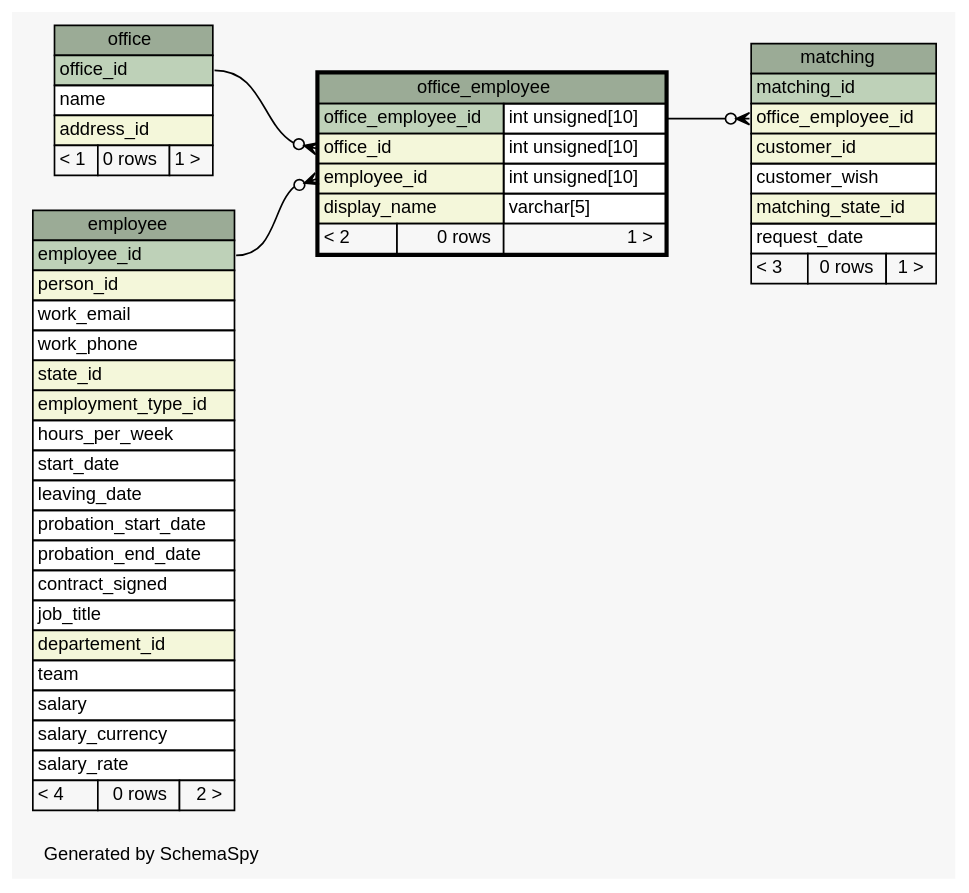
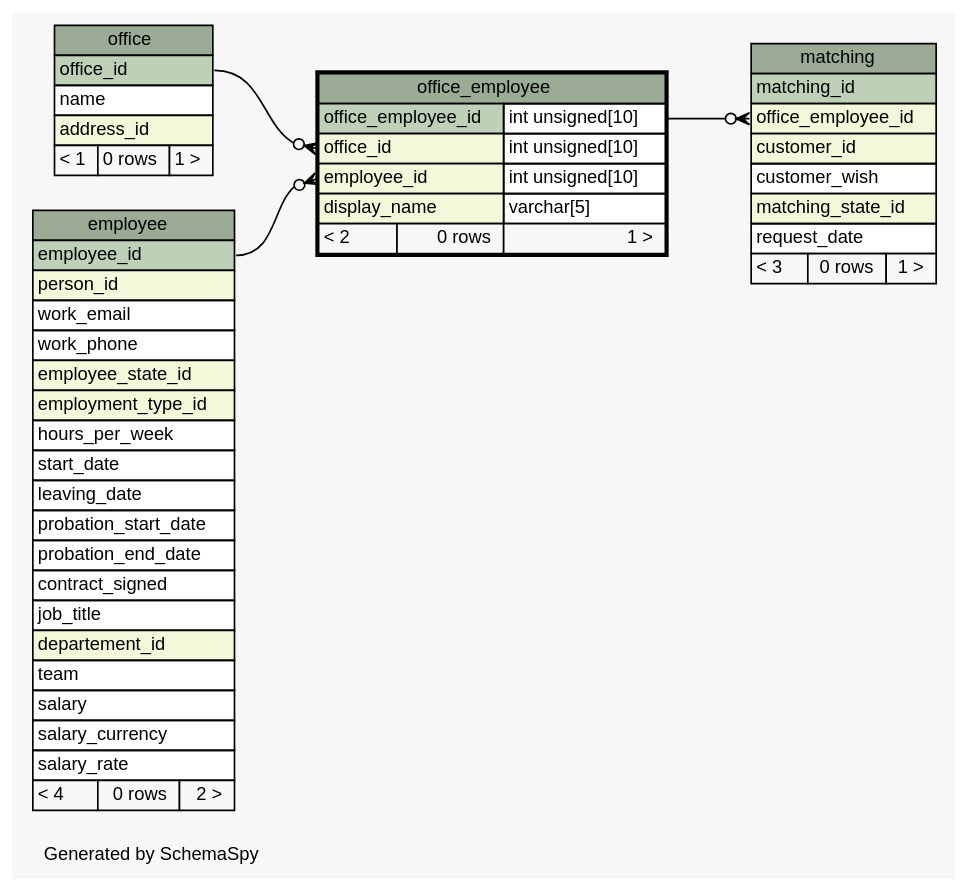
Before and after one commit to KaiBMP/KaiBMP.github.io: the diagram in diagrams/office_employee.1degree.dot, drawn with Graphviz. The commit also changed 87 other files, not shown here.

Commit message:
schemaspy update

```diff
--- a/diagrams/office_employee.1degree.dot
+++ b/diagrams/office_employee.1degree.dot
@@ -1,92 +1,92 @@
 // dot 2.40.1 on Linux 5.3.0-28-generic
 // SchemaSpy rev 590
 digraph "oneDegreeRelationshipsDiagram" {
   graph [
     rankdir="RL"
     bgcolor="#f7f7f7"
     label="\nGenerated by SchemaSpy"
     labeljust="l"
     nodesep="0.18"
     ranksep="0.46"
     fontname="Helvetica"
     fontsize="11"
   ];
   node [
     fontname="Helvetica"
     fontsize="11"
     shape="plaintext"
   ];
   edge [
     arrowsize="0.8"
   ];
   "matching":"office_employee_id":w -> "office_employee":"office_employee_id.type":e [arrowhead=none dir=back arrowtail=crowodot];
   "office_employee":"employee_id":w -> "employee":"employee_id":e [arrowhead=none dir=back arrowtail=crowodot];
   "office_employee":"office_id":w -> "office":"office_id":e [arrowhead=none dir=back arrowtail=crowodot];
   "employee" [
     label=<
     <TABLE BORDER="0" CELLBORDER="1" CELLSPACING="0" BGCOLOR="#ffffff">
       <TR><TD COLSPAN="3" BGCOLOR="#9bab96" ALIGN="CENTER">employee</TD></TR>
       <TR><TD PORT="employee_id" COLSPAN="3" BGCOLOR="#bed1b8" ALIGN="LEFT">employee_id</TD></TR>
       <TR><TD PORT="person_id" COLSPAN="3" BGCOLOR="#f4f7da" ALIGN="LEFT">person_id</TD></TR>
       <TR><TD PORT="work_email" COLSPAN="3" ALIGN="LEFT">work_email</TD></TR>
       <TR><TD PORT="work_phone" COLSPAN="3" ALIGN="LEFT">work_phone</TD></TR>
-      <TR><TD PORT="state_id" COLSPAN="3" BGCOLOR="#f4f7da" ALIGN="LEFT">state_id</TD></TR>
+      <TR><TD PORT="employee_state_id" COLSPAN="3" BGCOLOR="#f4f7da" ALIGN="LEFT">employee_state_id</TD></TR>
       <TR><TD PORT="employment_type_id" COLSPAN="3" BGCOLOR="#f4f7da" ALIGN="LEFT">employment_type_id</TD></TR>
       <TR><TD PORT="hours_per_week" COLSPAN="3" ALIGN="LEFT">hours_per_week</TD></TR>
       <TR><TD PORT="start_date" COLSPAN="3" ALIGN="LEFT">start_date</TD></TR>
       <TR><TD PORT="leaving_date" COLSPAN="3" ALIGN="LEFT">leaving_date</TD></TR>
       <TR><TD PORT="probation_start_date" COLSPAN="3" ALIGN="LEFT">probation_start_date</TD></TR>
       <TR><TD PORT="probation_end_date" COLSPAN="3" ALIGN="LEFT">probation_end_date</TD></TR>
       <TR><TD PORT="contract_signed" COLSPAN="3" ALIGN="LEFT">contract_signed</TD></TR>
       <TR><TD PORT="job_title" COLSPAN="3" ALIGN="LEFT">job_title</TD></TR>
       <TR><TD PORT="departement_id" COLSPAN="3" BGCOLOR="#f4f7da" ALIGN="LEFT">departement_id</TD></TR>
       <TR><TD PORT="team" COLSPAN="3" ALIGN="LEFT">team</TD></TR>
       <TR><TD PORT="salary" COLSPAN="3" ALIGN="LEFT">salary</TD></TR>
       <TR><TD PORT="salary_currency" COLSPAN="3" ALIGN="LEFT">salary_currency</TD></TR>
       <TR><TD PORT="salary_rate" COLSPAN="3" ALIGN="LEFT">salary_rate</TD></TR>
       <TR><TD ALIGN="LEFT" BGCOLOR="#f7f7f7">&lt; 4</TD><TD ALIGN="RIGHT" BGCOLOR="#f7f7f7">0 rows</TD><TD ALIGN="RIGHT" BGCOLOR="#f7f7f7">2 &gt;</TD></TR>
     </TABLE>>
     URL="employee.html"
     tooltip="employee"
   ];
   "matching" [
     label=<
     <TABLE BORDER="0" CELLBORDER="1" CELLSPACING="0" BGCOLOR="#ffffff">
       <TR><TD COLSPAN="3" BGCOLOR="#9bab96" ALIGN="CENTER">matching</TD></TR>
       <TR><TD PORT="matching_id" COLSPAN="3" BGCOLOR="#bed1b8" ALIGN="LEFT">matching_id</TD></TR>
       <TR><TD PORT="office_employee_id" COLSPAN="3" BGCOLOR="#f4f7da" ALIGN="LEFT">office_employee_id</TD></TR>
       <TR><TD PORT="customer_id" COLSPAN="3" BGCOLOR="#f4f7da" ALIGN="LEFT">customer_id</TD></TR>
       <TR><TD PORT="customer_wish" COLSPAN="3" ALIGN="LEFT">customer_wish</TD></TR>
       <TR><TD PORT="matching_state_id" COLSPAN="3" BGCOLOR="#f4f7da" ALIGN="LEFT">matching_state_id</TD></TR>
       <TR><TD PORT="request_date" COLSPAN="3" ALIGN="LEFT">request_date</TD></TR>
       <TR><TD ALIGN="LEFT" BGCOLOR="#f7f7f7">&lt; 3</TD><TD ALIGN="RIGHT" BGCOLOR="#f7f7f7">0 rows</TD><TD ALIGN="RIGHT" BGCOLOR="#f7f7f7">1 &gt;</TD></TR>
     </TABLE>>
     URL="matching.html"
     tooltip="matching"
   ];
   "office" [
     label=<
     <TABLE BORDER="0" CELLBORDER="1" CELLSPACING="0" BGCOLOR="#ffffff">
       <TR><TD COLSPAN="3" BGCOLOR="#9bab96" ALIGN="CENTER">office</TD></TR>
       <TR><TD PORT="office_id" COLSPAN="3" BGCOLOR="#bed1b8" ALIGN="LEFT">office_id</TD></TR>
       <TR><TD PORT="name" COLSPAN="3" ALIGN="LEFT">name</TD></TR>
       <TR><TD PORT="address_id" COLSPAN="3" BGCOLOR="#f4f7da" ALIGN="LEFT">address_id</TD></TR>
       <TR><TD ALIGN="LEFT" BGCOLOR="#f7f7f7">&lt; 1</TD><TD ALIGN="RIGHT" BGCOLOR="#f7f7f7">0 rows</TD><TD ALIGN="RIGHT" BGCOLOR="#f7f7f7">1 &gt;</TD></TR>
     </TABLE>>
     URL="office.html"
     tooltip="office"
   ];
   "office_employee" [
     label=<
     <TABLE BORDER="2" CELLBORDER="1" CELLSPACING="0" BGCOLOR="#ffffff">
       <TR><TD COLSPAN="3" BGCOLOR="#9bab96" ALIGN="CENTER">office_employee</TD></TR>
       <TR><TD PORT="office_employee_id" COLSPAN="2" BGCOLOR="#bed1b8" ALIGN="LEFT">office_employee_id</TD><TD PORT="office_employee_id.type" ALIGN="LEFT">int unsigned[10]</TD></TR>
       <TR><TD PORT="office_id" COLSPAN="2" BGCOLOR="#f4f7da" ALIGN="LEFT">office_id</TD><TD PORT="office_id.type" ALIGN="LEFT">int unsigned[10]</TD></TR>
       <TR><TD PORT="employee_id" COLSPAN="2" BGCOLOR="#f4f7da" ALIGN="LEFT">employee_id</TD><TD PORT="employee_id.type" ALIGN="LEFT">int unsigned[10]</TD></TR>
       <TR><TD PORT="display_name" COLSPAN="2" BGCOLOR="#f4f7da" ALIGN="LEFT">display_name</TD><TD PORT="display_name.type" ALIGN="LEFT">varchar[5]</TD></TR>
       <TR><TD ALIGN="LEFT" BGCOLOR="#f7f7f7">&lt; 2</TD><TD ALIGN="RIGHT" BGCOLOR="#f7f7f7">0 rows</TD><TD ALIGN="RIGHT" BGCOLOR="#f7f7f7">1 &gt;</TD></TR>
     </TABLE>>
     URL="office_employee.html"
     tooltip="office_employee"
   ];
 }
```
